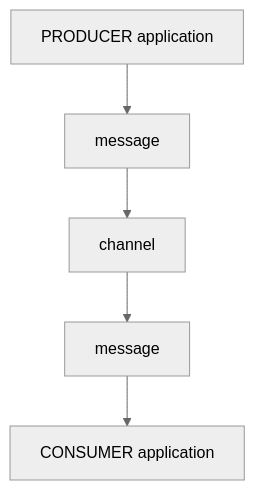
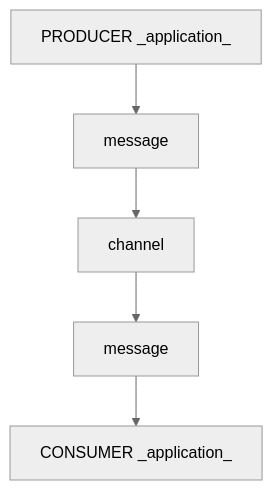
One commit to asyncapi/website changed the diagram in markdown/docs/concepts/application.md. Above: the diagram before and after it, drawn with Mermaid (neutral theme). The commit also changed other lines of this file and 3 other files, not shown here.

````diff
--- a/markdown/docs/concepts/application.md
+++ b/markdown/docs/concepts/application.md
@@ -16,7 +16,7 @@
 ```mermaid
 flowchart TD
-        A[PRODUCER application] --> B[message] 
+        A[PRODUCER _application_] --> B[message] 
         B --> C[channel] 
         C --> D[message] 
-        D --> F[CONSUMER application]
+        D --> F[CONSUMER _application_]
 ```
````
